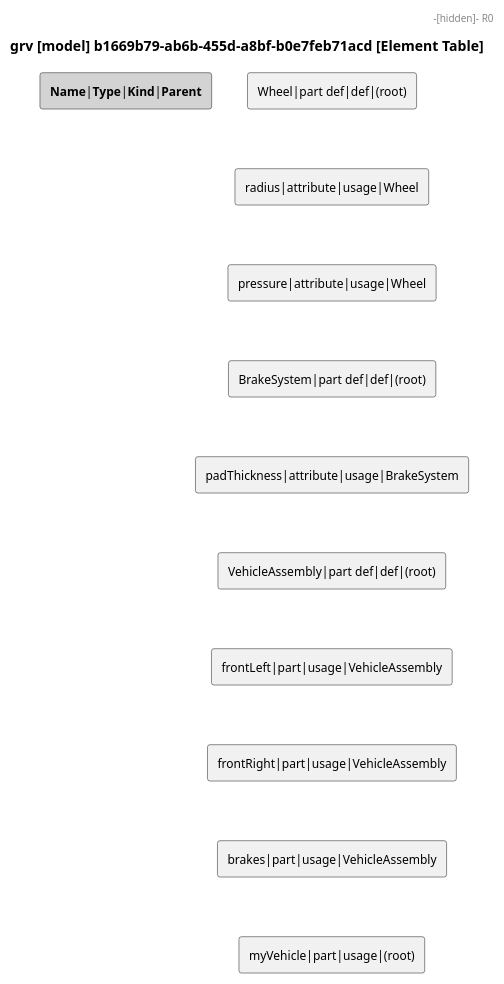
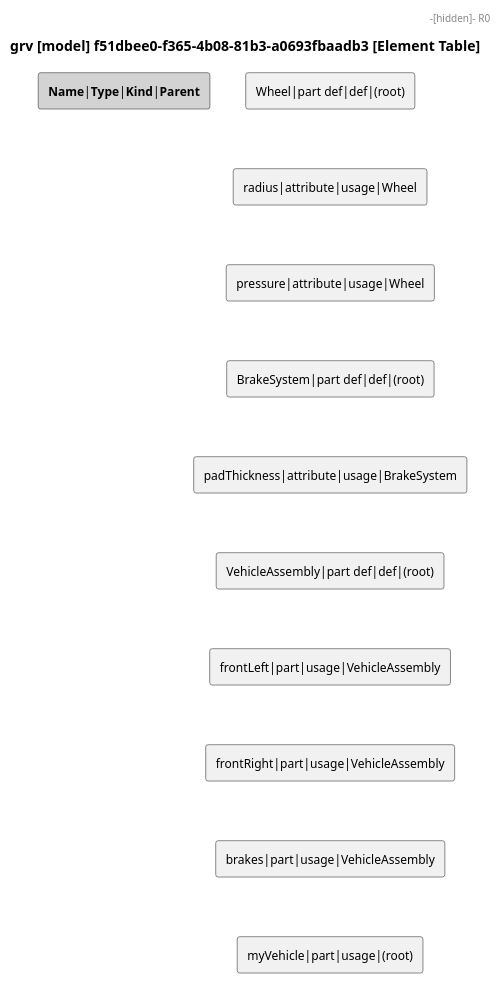
One commit to mycr0ft/sysml2py changed the diagram in docs/plantuml-examples/13-element-table.puml. Above: the diagram before and after it, drawn with PlantUML. The commit also changed 27 other files, not shown here.

```diff
--- a/docs/plantuml-examples/13-element-table.puml
+++ b/docs/plantuml-examples/13-element-table.puml
@@ -1,31 +1,31 @@
 @startuml
 
 skinparam monochrome true
 skinparam defaultFontSize 12
 skinparam defaultFontName Helvetica
 
-title grv [model] b1669b79-ab6b-455d-a8bf-b0e7feb71acd [Element Table]
+title grv [model] f51dbee0-f365-4b08-81b3-a0693fbaadb3 [Element Table]
 
 rectangle "<b>Name</b>|<b>Type</b>|<b>Kind</b>|<b>Parent</b>" as HEADER #LightGray
 rectangle "Wheel|part def|def|(root)" as R0
 rectangle "radius|attribute|usage|Wheel" as R1
 rectangle "pressure|attribute|usage|Wheel" as R2
 rectangle "BrakeSystem|part def|def|(root)" as R3
 rectangle "padThickness|attribute|usage|BrakeSystem" as R4
 rectangle "VehicleAssembly|part def|def|(root)" as R5
 rectangle "frontLeft|part|usage|VehicleAssembly" as R6
 rectangle "frontRight|part|usage|VehicleAssembly" as R7
 rectangle "brakes|part|usage|VehicleAssembly" as R8
 rectangle "myVehicle|part|usage|(root)" as R9
 HEADER -[hidden]- R0
 R0 -[hidden]- R1
 R1 -[hidden]- R2
 R2 -[hidden]- R3
 R3 -[hidden]- R4
 R4 -[hidden]- R5
 R5 -[hidden]- R6
 R6 -[hidden]- R7
 R7 -[hidden]- R8
 R8 -[hidden]- R9
 
 @enduml
```
